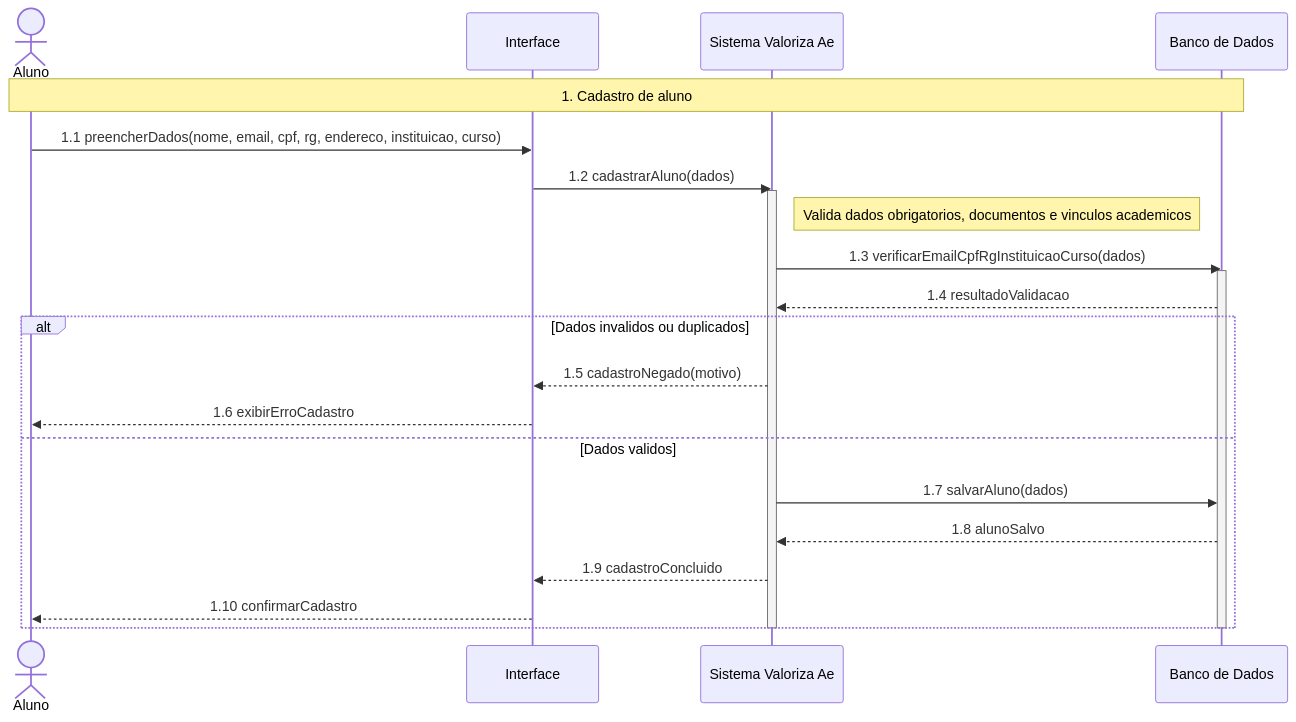
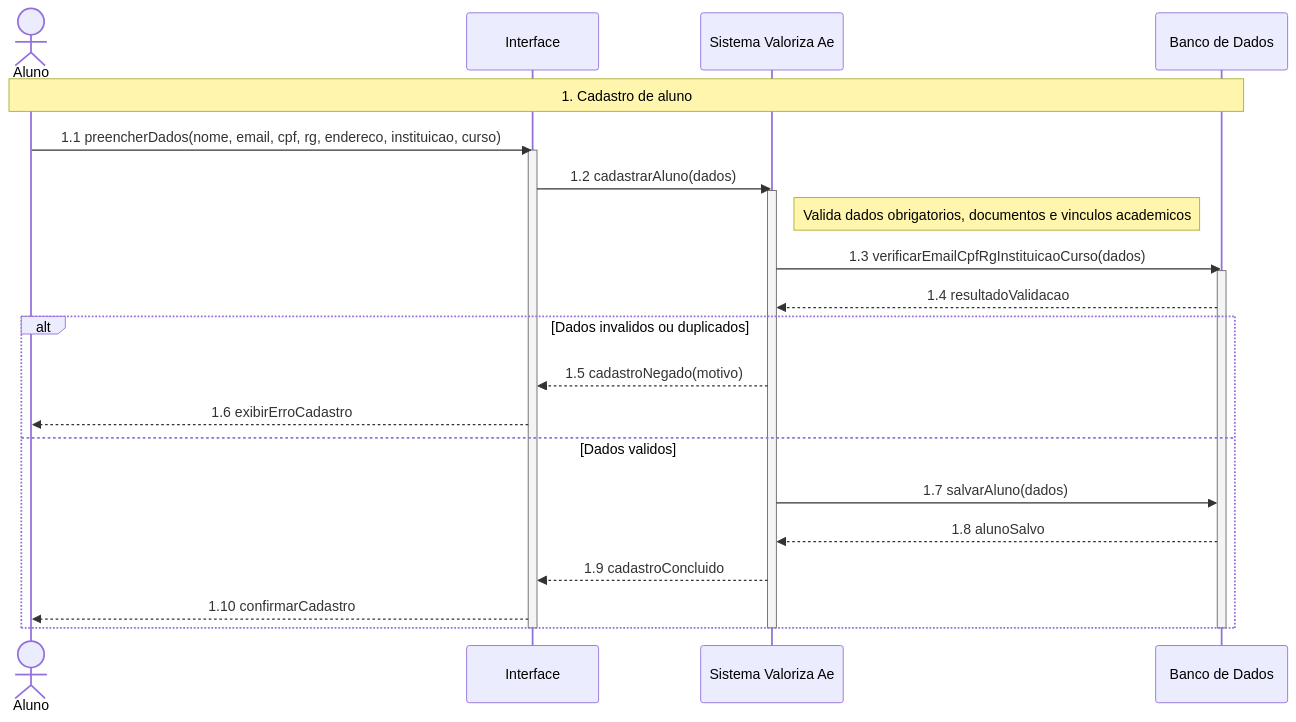
The diagram in Artefatos/DiagramaDeSequencia/DiagramaDeSequencia-RF-02-cadastro-aluno.md (Pedroh26ES/Sistema-De-Moedas-Java), drawn with Mermaid before and after one commit. The commit also changed 17 other files, not shown here.

````diff
--- a/Artefatos/DiagramaDeSequencia/DiagramaDeSequencia-RF-02-cadastro-aluno.md
+++ b/Artefatos/DiagramaDeSequencia/DiagramaDeSequencia-RF-02-cadastro-aluno.md
@@ -9,27 +9,29 @@
 ```mermaid
 sequenceDiagram
     actor Aluno
     participant Interface
     participant Sistema as Sistema Valoriza Ae
     participant DB as Banco de Dados
 
     Note over Aluno,DB: 1. Cadastro de aluno
     Aluno->>Interface: 1.1 preencherDados(nome, email, cpf, rg, endereco, instituicao, curso)
+    activate Interface
     Interface->>Sistema: 1.2 cadastrarAluno(dados)
     activate Sistema
     Note right of Sistema: Valida dados obrigatorios, documentos e vinculos academicos
     Sistema->>DB: 1.3 verificarEmailCpfRgInstituicaoCurso(dados)
     activate DB
     DB-->>Sistema: 1.4 resultadoValidacao
     alt Dados invalidos ou duplicados
         Sistema-->>Interface: 1.5 cadastroNegado(motivo)
         Interface-->>Aluno: 1.6 exibirErroCadastro
     else Dados validos
         Sistema->>DB: 1.7 salvarAluno(dados)
         DB-->>Sistema: 1.8 alunoSalvo
         Sistema-->>Interface: 1.9 cadastroConcluido
         Interface-->>Aluno: 1.10 confirmarCadastro
     end
     deactivate DB
     deactivate Sistema
+    deactivate Interface
 ```
````
